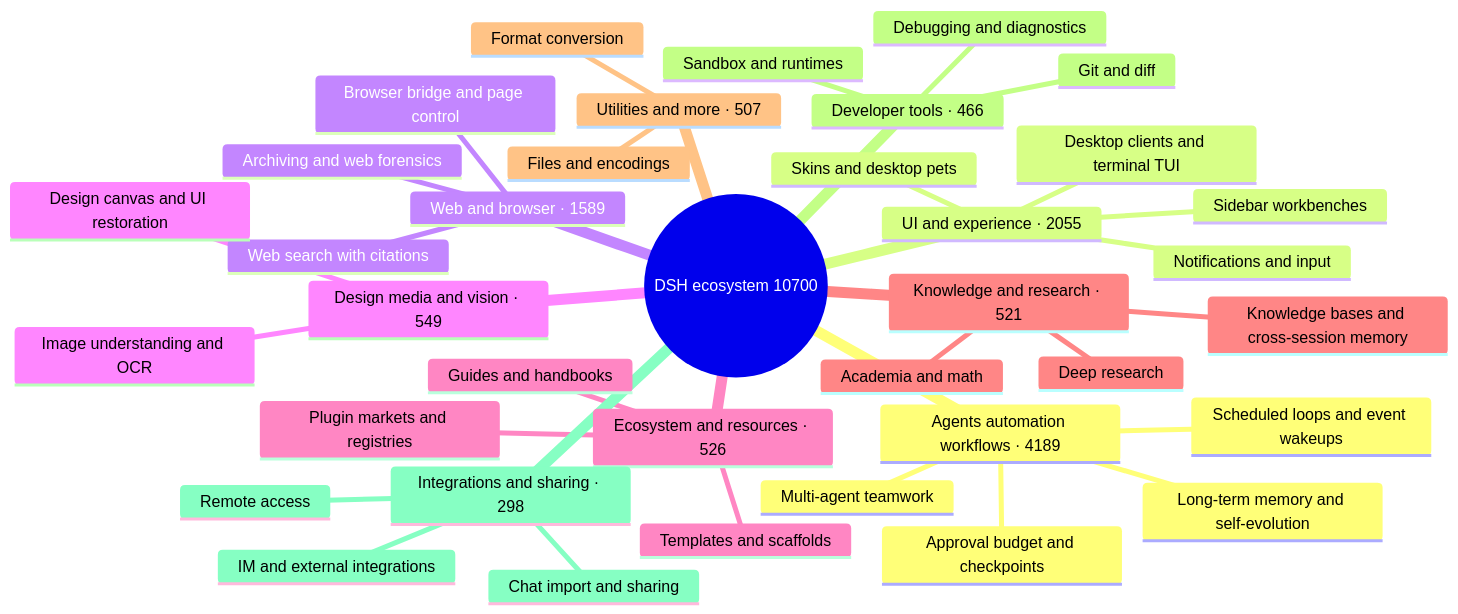
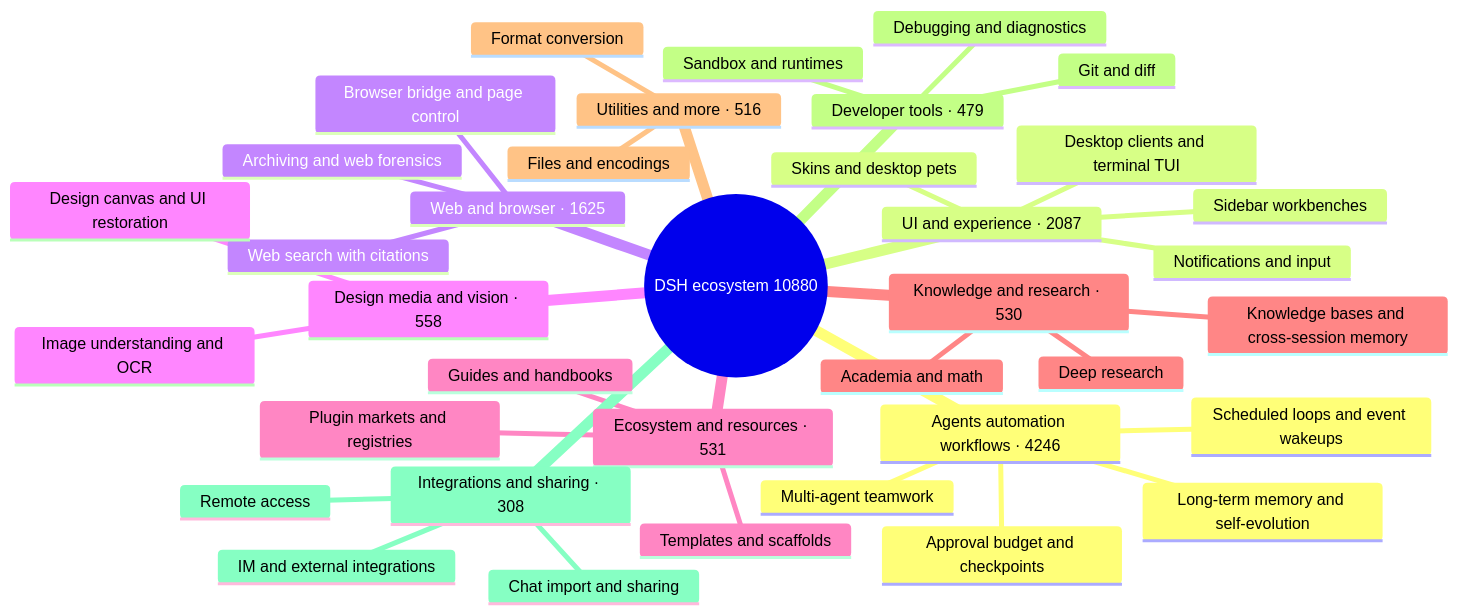
Before and after one commit to bruc3van/awesome-dsh-plugin: the diagram in README_EN.md, drawn with Mermaid. The commit also changed other lines of this file and 19 other files, not shown here.

````diff
--- a/README_EN.md
+++ b/README_EN.md
@@ -33,40 +33,40 @@
 ```mermaid
 mindmap
-  root((DSH ecosystem 10700))
-    Agents automation workflows · 4189
+  root((DSH ecosystem 10880))
+    Agents automation workflows · 4246
       Scheduled loops and event wakeups
       Multi-agent teamwork
       Long-term memory and self-evolution
       Approval budget and checkpoints
-    UI and experience · 2055
+    UI and experience · 2087
       Desktop clients and terminal TUI
       Sidebar workbenches
       Skins and desktop pets
       Notifications and input
-    Web and browser · 1589
+    Web and browser · 1625
       Browser bridge and page control
       Web search with citations
       Archiving and web forensics
-    Design media and vision · 549
+    Design media and vision · 558
       Image understanding and OCR
       Design canvas and UI restoration
-    Ecosystem and resources · 526
+    Ecosystem and resources · 531
       Plugin markets and registries
       Templates and scaffolds
       Guides and handbooks
-    Knowledge and research · 521
+    Knowledge and research · 530
       Knowledge bases and cross-session memory
       Deep research
       Academia and math
-    Utilities and more · 507
+    Utilities and more · 516
       Files and encodings
       Format conversion
-    Developer tools · 466
+    Developer tools · 479
       Git and diff
       Sandbox and runtimes
       Debugging and diagnostics
-    Integrations and sharing · 298
+    Integrations and sharing · 308
       Chat import and sharing
       Remote access
       IM and external integrations
 ```
````
